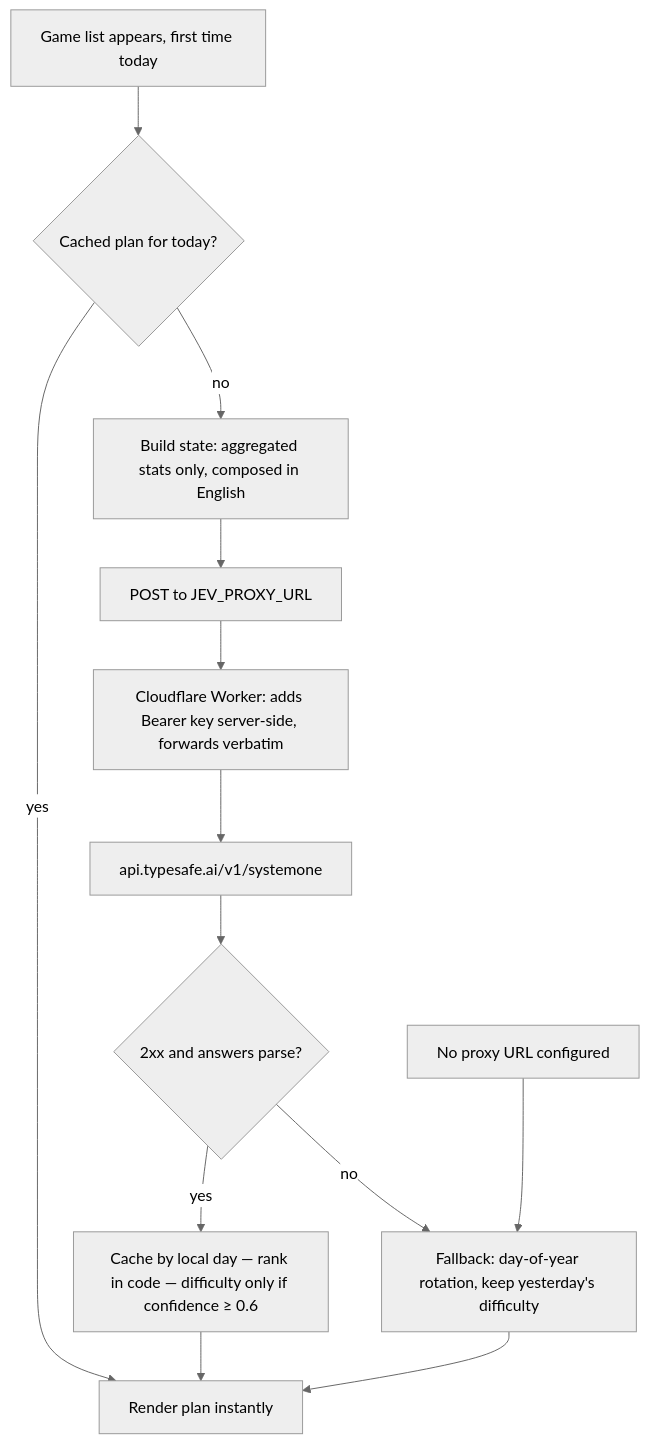
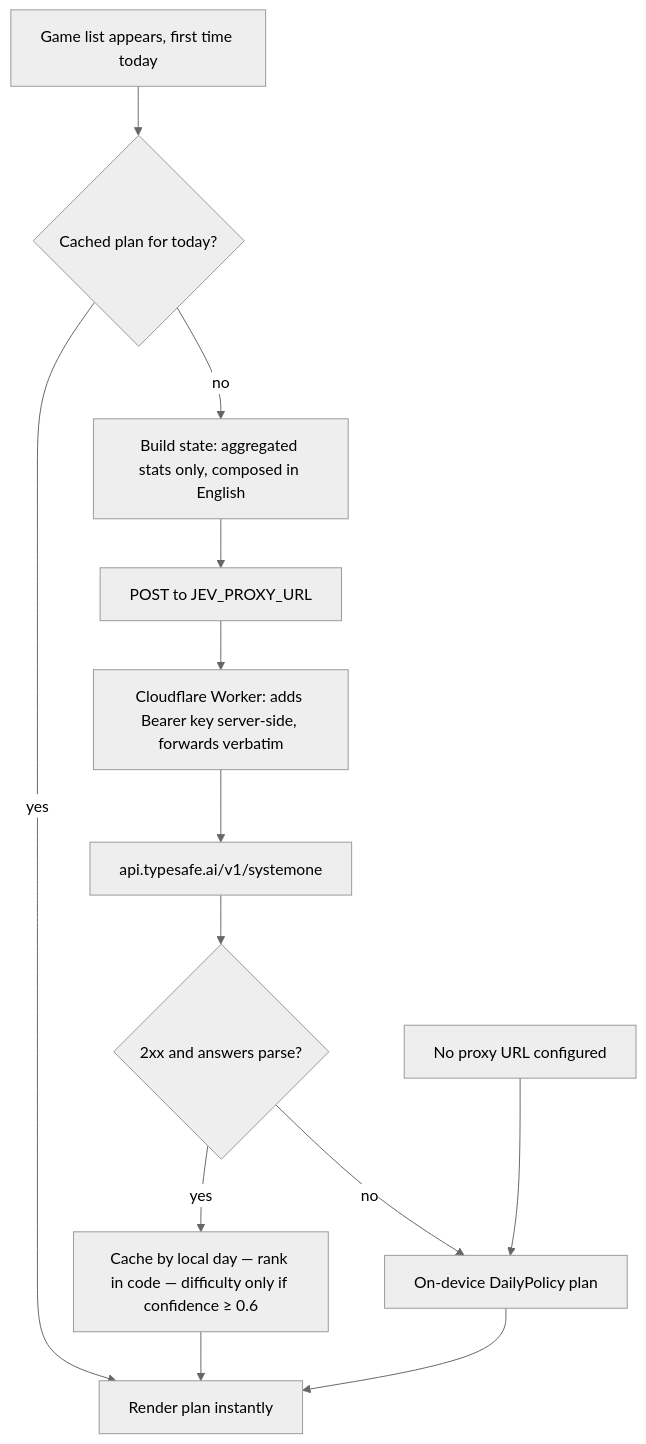
One commit to igmarin/MenteViva changed the diagram in docs/jev-integration.md. Above: the diagram before and after it, drawn with Mermaid (neutral theme). The commit also changed other lines of this file and 10 other files, not shown here.

Commit message:
docs: record the on-device daily policy decision, spike evidence and script (#100)

````diff
--- a/docs/jev-integration.md
+++ b/docs/jev-integration.md
@@ -25,15 +44,15 @@
 ```mermaid
 flowchart TD
     A["Game list appears, first time today"] --> B{"Cached plan for today?"}
     B -->|yes| R["Render plan instantly"]
     B -->|no| S["Build state: aggregated stats only, composed in English"]
     S --> E["POST to JEV_PROXY_URL"]
     E --> P["Cloudflare Worker: adds Bearer key server-side, forwards verbatim"]
     P --> J["api.typesafe.ai/v1/systemone"]
     J --> V{"2xx and answers parse?"}
     V -->|yes| C["Cache by local day — rank in code — difficulty only if confidence ≥ 0.6"]
-    V -->|no| F["Fallback: day-of-year rotation, keep yesterday's difficulty"]
+    V -->|no| F["On-device DailyPolicy plan"]
     U["No proxy URL configured"] --> F
     C --> R
     F --> R
 ```
````
